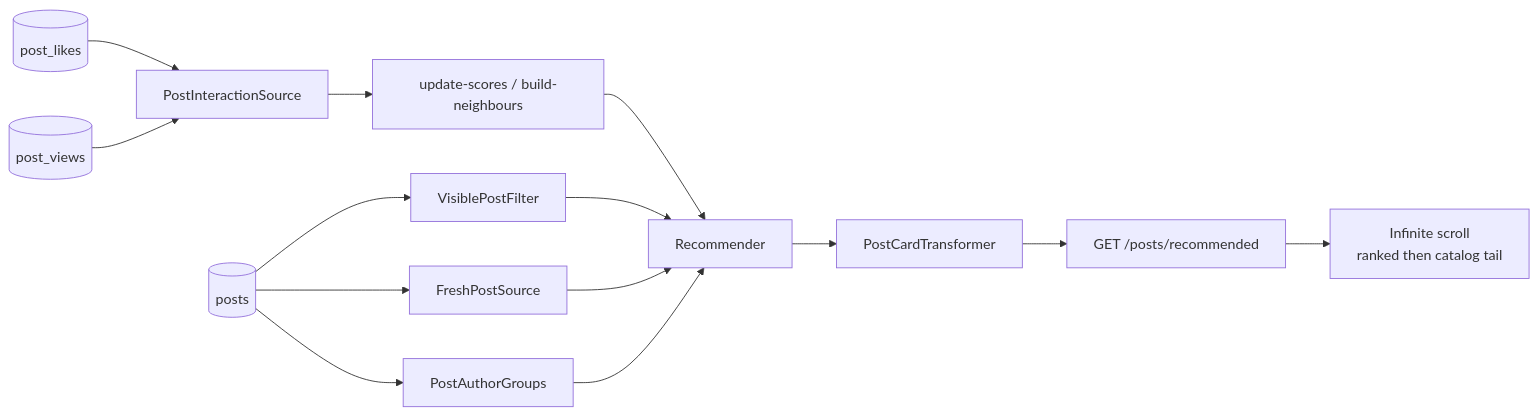
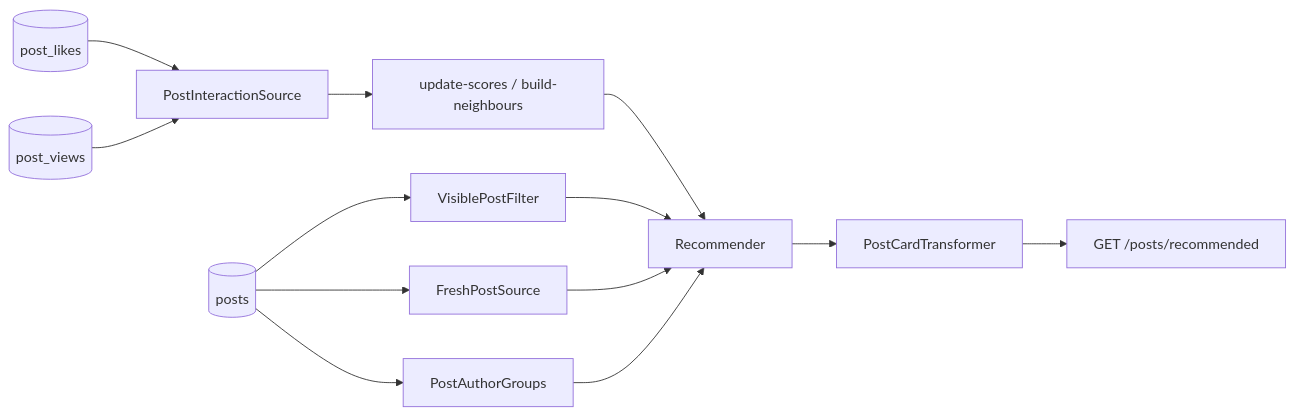
Before and after one commit to solutionforest/laravel-recommender: the diagram in examples/blog/README.md, drawn with Mermaid. The commit also changed other lines of this file and 8 other files, not shown here.

````diff
--- a/examples/blog/README.md
+++ b/examples/blog/README.md
@@ -7,11 +7,10 @@
 ```mermaid
 flowchart LR
   L[(post_likes)] & V[(post_views)] --> I[PostInteractionSource]
   I --> J["update-scores / build-neighbours"]
   J --> R[Recommender]
   P[(posts)] --> F[VisiblePostFilter] --> R
   P --> FS[FreshPostSource] --> R
   P --> G[PostAuthorGroups] --> R
   R --> C[PostCardTransformer] --> API["GET /posts/recommended"]
-  API --> S["Infinite scroll<br/>ranked then catalog tail"]
 ```
````
